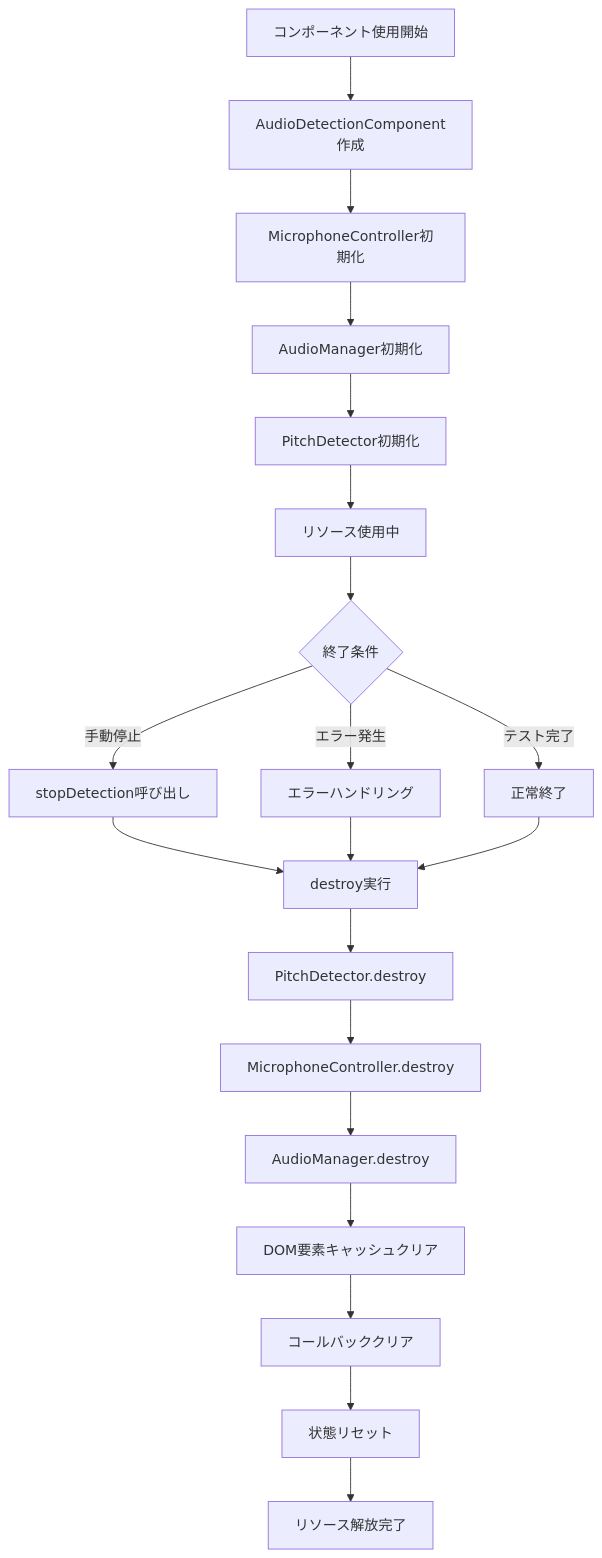
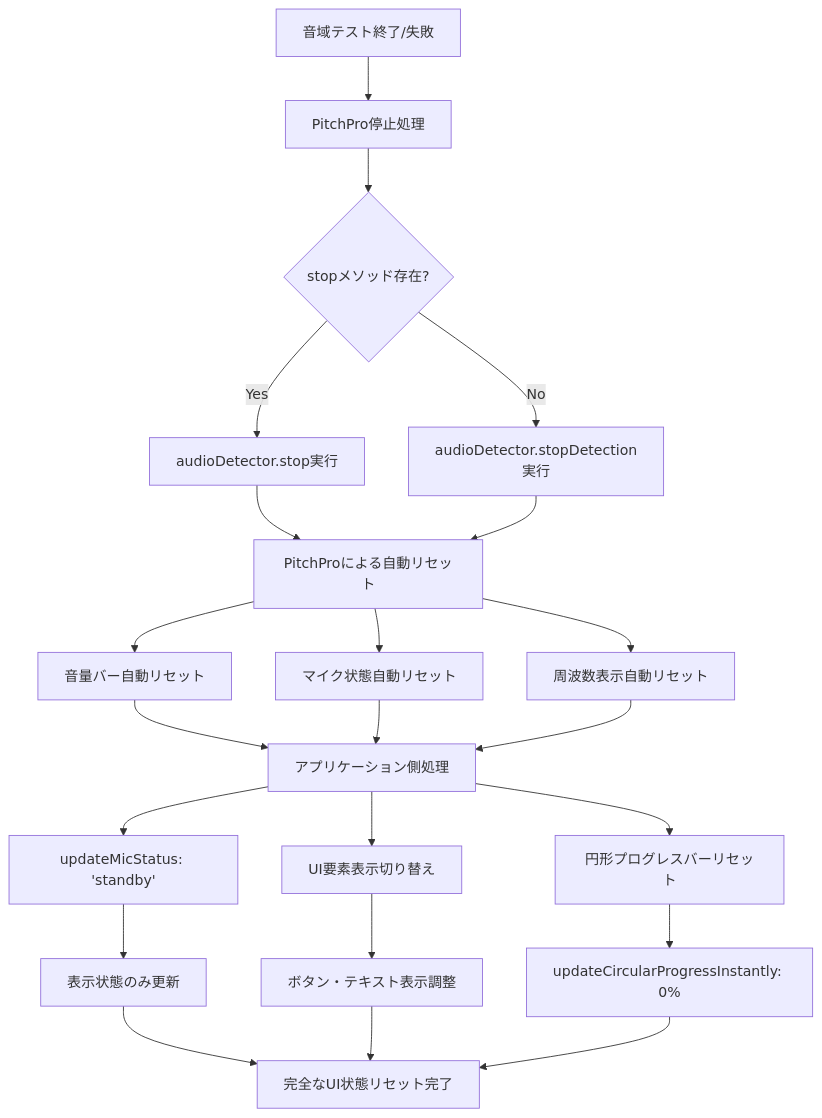
The seventh of 10 diagrams in VOICE_RANGE_TEST_FLOW_DIAGRAM.md (kiyopi/Relative-pitch-app), drawn with Mermaid before and after one commit. The commit also changed other lines of this file and 79 other files, not shown here.

````diff
--- a/VOICE_RANGE_TEST_FLOW_DIAGRAM.md
+++ b/VOICE_RANGE_TEST_FLOW_DIAGRAM.md
@@ -279,26 +256,31 @@
 ```mermaid
 flowchart TD
-    A[コンポーネント使用開始] --> B[AudioDetectionComponent作成]
-    B --> C[MicrophoneController初期化]
-    C --> D[AudioManager初期化]
-    D --> E[PitchDetector初期化]
-    
-    E --> F[リソース使用中]
-    F --> G{終了条件}
-    
-    G -->|手動停止| H[stopDetection呼び出し]
-    G -->|エラー発生| I[エラーハンドリング]
-    G -->|テスト完了| J[正常終了]
-    
-    H --> K[destroy実行]
-    I --> K
-    J --> K
-    
-    K --> L[PitchDetector.destroy]
-    L --> M[MicrophoneController.destroy]
-    M --> N[AudioManager.destroy]
-    N --> O[DOM要素キャッシュクリア]
-    O --> P[コールバッククリア]
-    P --> Q[状態リセット]
-    Q --> R[リソース解放完了]
+    A[音域テスト終了/失敗] --> B[PitchPro停止処理]
+
+    B --> C{stopメソッド存在?}
+    C -->|Yes| D[audioDetector.stop実行]
+    C -->|No| E[audioDetector.stopDetection実行]
+
+    D --> F[PitchProによる自動リセット]
+    E --> F
+
+    F --> G[音量バー自動リセット]
+    F --> H[マイク状態自動リセット]
+    F --> I[周波数表示自動リセット]
+
+    G --> J[アプリケーション側処理]
+    H --> J
+    I --> J
+
+    J --> K[updateMicStatus: 'standby']
+    J --> L[UI要素表示切り替え]
+    J --> M[円形プログレスバーリセット]
+
+    K --> N[表示状態のみ更新]
+    L --> O[ボタン・テキスト表示調整]
+    M --> P[updateCircularProgressInstantly: 0%]
+
+    N --> Q[完全なUI状態リセット完了]
+    O --> Q
+    P --> Q
 ```
````
